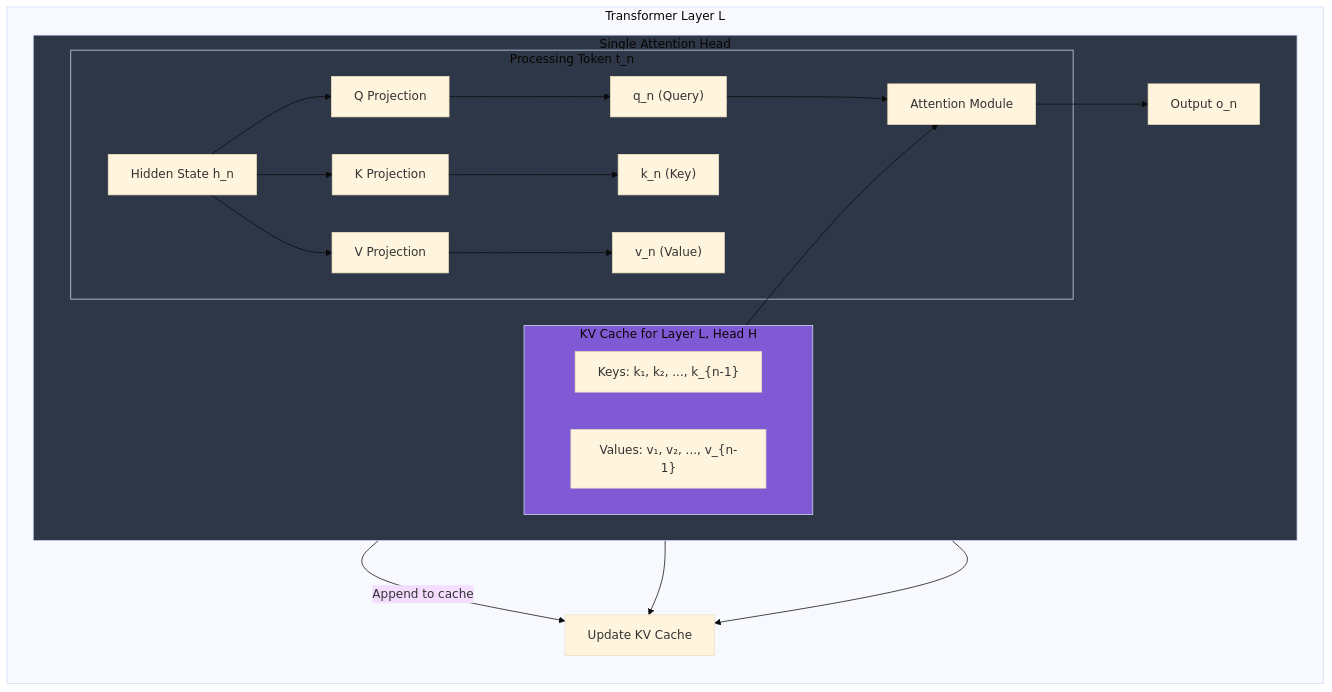
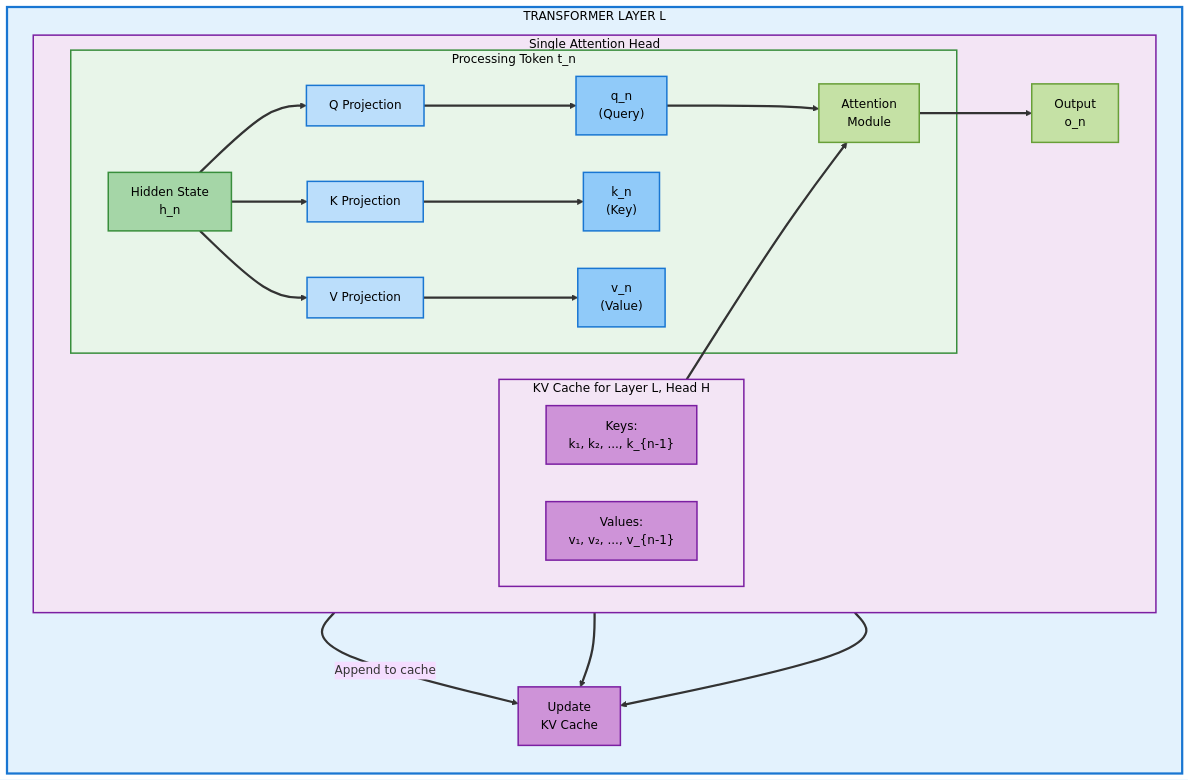
Before and after one commit to Shahriarin2garden/vllm_from_scratch: the fourth of 9 diagrams in lab0.1/README.md, drawn with Mermaid (base theme). The commit also changed other lines of this file and 2 other files, not shown here.

````diff
--- a/lab0.1/README.md
+++ b/lab0.1/README.md
@@ -285,38 +362,53 @@
 ```mermaid
 flowchart TD
-    subgraph Layer_L [Transformer Layer L]
+    subgraph Layer_L [" TRANSFORMER LAYER L "]
         direction TB
-        subgraph Attention_Head [Single Attention Head]
+        subgraph Attention_Head [" Single Attention Head "]
             direction LR
 
-            subgraph Current_Token [Processing Token t_n]
-                H["Hidden State h_n"] --> Q_Proj[Q Projection];
-                H --> K_Proj[K Projection];
-                H --> V_Proj[V Projection];
+            subgraph Current_Token [" Processing Token t_n "]
+                H["Hidden State<br/>h_n"] --> Q_Proj["Q Projection"];
+                H --> K_Proj["K Projection"];
+                H --> V_Proj["V Projection"];
 
-                Q_Proj --> Q["q_n (Query)"];
-                K_Proj --> K["k_n (Key)"];
-                V_Proj --> V["v_n (Value)"];
+                Q_Proj --> Q["q_n<br/>(Query)"];
+                K_Proj --> K["k_n<br/>(Key)"];
+                V_Proj --> V["v_n<br/>(Value)"];
 
-                Q --> Attention[Attention Module];
+                Q --> Attention["Attention<br/>Module"];
             end
 
-            subgraph KV_Cache [KV Cache for Layer L, Head H]
-                KC["Keys: k₁, k₂, ..., k_{n-1}"];
-                VC["Values: v₁, v₂, ..., v_{n-1}"];
+            subgraph KV_Cache [" KV Cache for Layer L, Head H "]
+                KC["Keys:<br/>k₁, k₂, ..., k_{n-1}"];
+                VC["Values:<br/>v₁, v₂, ..., v_{n-1}"];
             end
 
-            KV_Cache --> Attention;
-            Attention --> O["Output o_n"];
+            KV_Cache ==> Attention;
+            Attention --> O["Output<br/>o_n"];
         end
 
-        O -->|Append to cache| KV_Cache_Update[Update KV Cache];
-        K --> KV_Cache_Update;
-        V --> KV_Cache_Update;
+        O ==>|"Append to cache"| KV_Cache_Update["Update<br/>KV Cache"];
+        K ==> KV_Cache_Update;
+        V ==> KV_Cache_Update;
     end
 
-    style KV_Cache fill:#805ad5
-    style Current_Token fill:#2d3748
-    style Attention_Head fill:#2d3748
+    linkStyle default stroke:#333,stroke-width:3px
+
+    style Layer_L fill:#e3f2fd,stroke:#1976d2,stroke-width:3px,color:#000
+    style Attention_Head fill:#f3e5f5,stroke:#7b1fa2,stroke-width:2px,color:#000
+    style Current_Token fill:#e8f5e9,stroke:#388e3c,stroke-width:2px,color:#000
+    style KV_Cache fill:#f3e5f5,stroke:#7b1fa2,stroke-width:2px,color:#000
+    style H fill:#a5d6a7,stroke:#388e3c,stroke-width:2px,color:#000
+    style Q_Proj fill:#bbdefb,stroke:#1976d2,stroke-width:2px,color:#000
+    style K_Proj fill:#bbdefb,stroke:#1976d2,stroke-width:2px,color:#000
+    style V_Proj fill:#bbdefb,stroke:#1976d2,stroke-width:2px,color:#000
+    style Q fill:#90caf9,stroke:#1976d2,stroke-width:2px,color:#000
+    style K fill:#90caf9,stroke:#1976d2,stroke-width:2px,color:#000
+    style V fill:#90caf9,stroke:#1976d2,stroke-width:2px,color:#000
+    style KC fill:#ce93d8,stroke:#7b1fa2,stroke-width:2px,color:#000
+    style VC fill:#ce93d8,stroke:#7b1fa2,stroke-width:2px,color:#000
+    style Attention fill:#c5e1a5,stroke:#689f38,stroke-width:2px,color:#000
+    style O fill:#c5e1a5,stroke:#689f38,stroke-width:2px,color:#000
+    style KV_Cache_Update fill:#ce93d8,stroke:#7b1fa2,stroke-width:2px,color:#000
 
 ```
````
